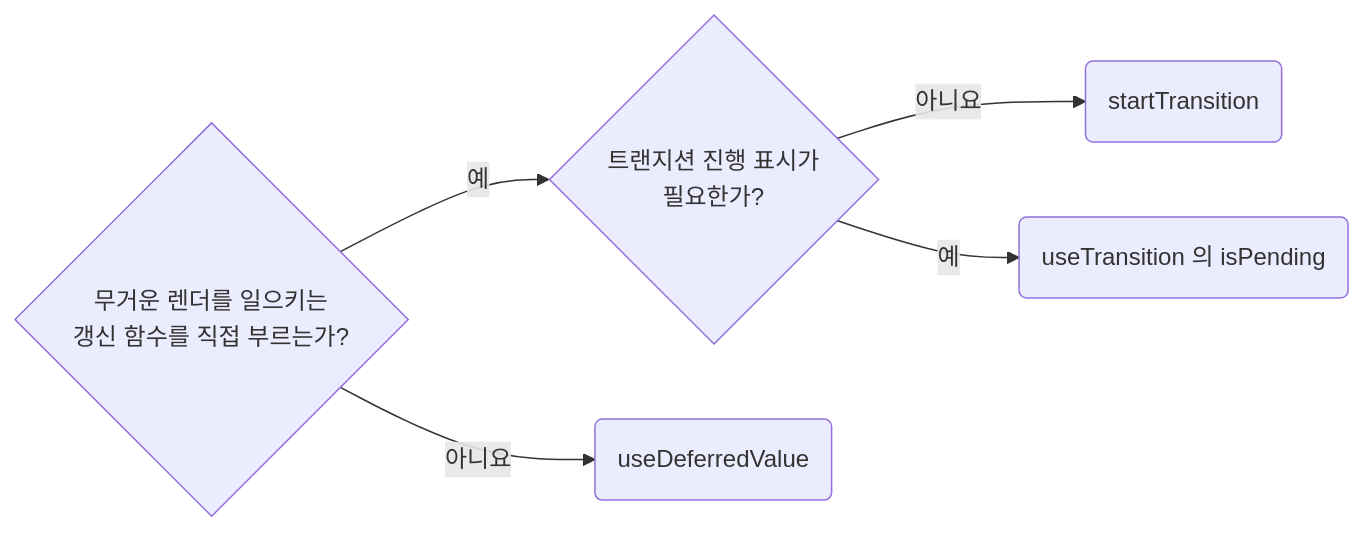
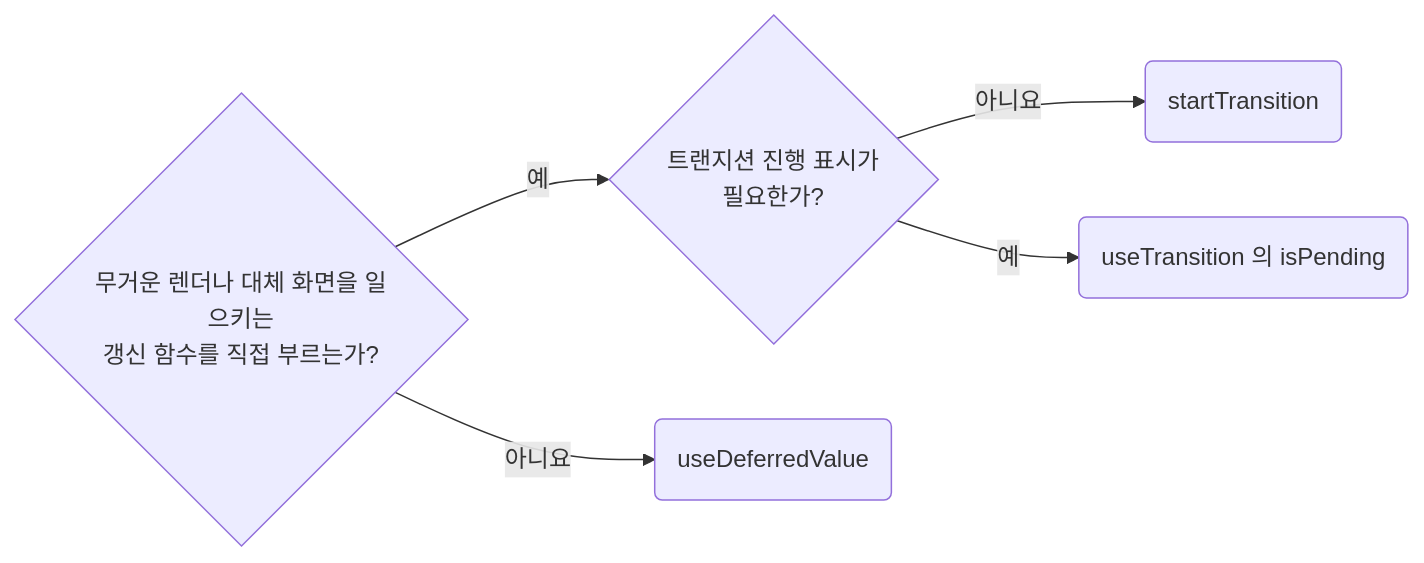
Before and after one commit to nomeehej/agent-conventions: the diagram in skill/react/contracts/perf-defer-heavy-renders-with-measured-evidence.md, drawn with Mermaid. The commit also changed other lines of this file and 108 other files, not shown here.

````diff
--- a/skill/react/contracts/perf-defer-heavy-renders-with-measured-evidence.md
+++ b/skill/react/contracts/perf-defer-heavy-renders-with-measured-evidence.md
@@ -11,6 +12,6 @@
 ```mermaid
 flowchart LR
-	q1{"무거운 렌더를 일으키는<br>갱신 함수를 직접 부르는가?"} -- 예 --> q2{"트랜지션 진행 표시가<br>필요한가?"} -- 아니요 --> r3("startTransition")
+	q1{"무거운 렌더나 대체 화면을 일으키는<br>갱신 함수를 직접 부르는가?"} -- 예 --> q2{"트랜지션 진행 표시가<br>필요한가?"} -- 아니요 --> r3("startTransition")
 	q1 -- 아니요 --> r1("useDeferredValue")
 	q2 -- 예 --> r2("useTransition 의 isPending")
 ```
````
